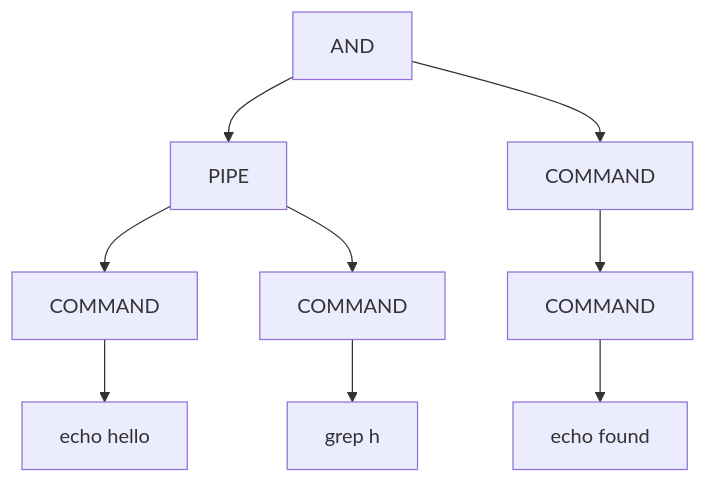
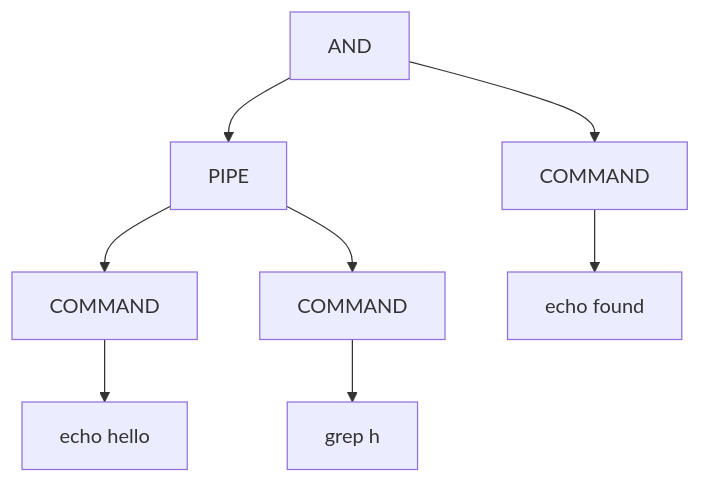
One commit to berkaygmcc/KeldShell changed the third of 3 diagrams in README.md. Above: the diagram before and after it, drawn with Mermaid.

````diff
--- a/README.md
+++ b/README.md
@@ -335,23 +335,21 @@
 ```mermaid
 graph TD
     %% NODES
     ROOT[AND]
     LEFT[PIPE]
     RIGHT[COMMAND]
     COMMAND_NODE1[COMMAND]
     COMMAND_NODE2[COMMAND]
-    COMMAND_NODE3[COMMAND]
     COMMAND1[echo hello]
     COMMAND2[grep h]
     COMMAND3[echo found]
 
     %% EDGES
     ROOT --> LEFT
     ROOT --> RIGHT
     LEFT --> COMMAND_NODE1
     LEFT --> COMMAND_NODE2
-    RIGHT --> COMMAND_NODE3
+    RIGHT --> COMMAND3
     COMMAND_NODE1 --> COMMAND1
     COMMAND_NODE2 --> COMMAND2
-    COMMAND_NODE3 --> COMMAND3
 ```
````
